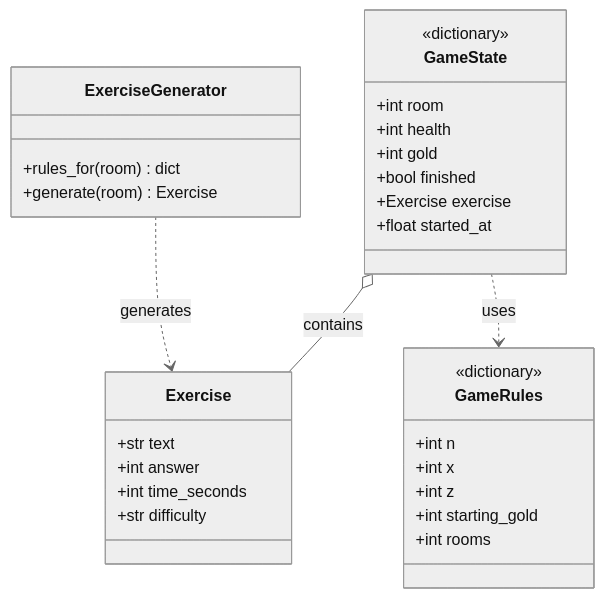
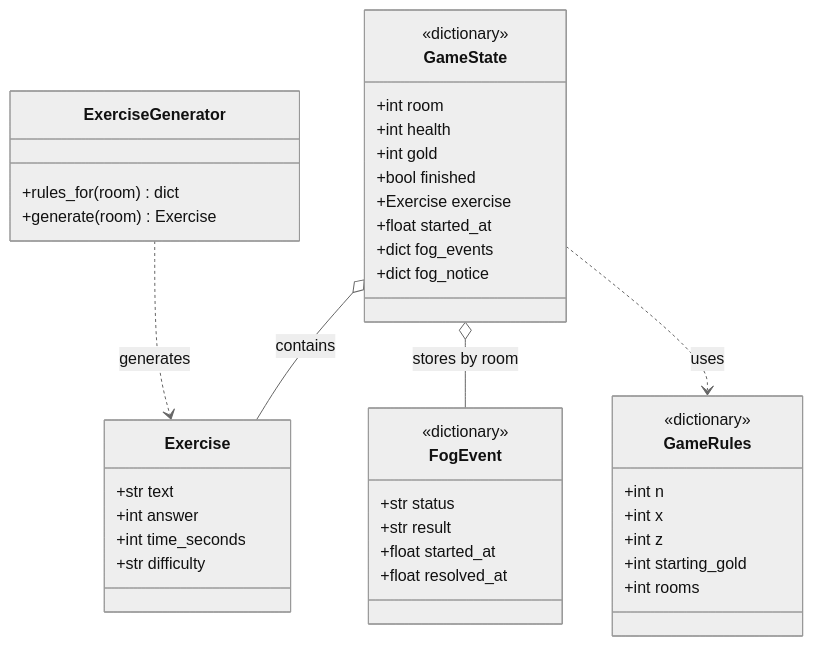
The first of 3 diagrams in 19vo Ejercicio videojuego/docs/CLASS_DIAGRAM.md (ecojrsg/Programacion-Asistida), drawn with Mermaid (neutral theme) before and after one commit. The commit also changed other lines of this file and 4 other files, not shown here.

````diff
--- a/19vo Ejercicio videojuego/docs/CLASS_DIAGRAM.md
+++ b/19vo Ejercicio videojuego/docs/CLASS_DIAGRAM.md
@@ -6,33 +7,43 @@
 ```mermaid
 classDiagram
     class Exercise {
       +str text
       +int answer
       +int time_seconds
       +str difficulty
     }
     class ExerciseGenerator {
       +rules_for(room) dict
       +generate(room) Exercise
     }
     class GameState {
       <<dictionary>>
       +int room
       +int health
       +int gold
       +bool finished
       +Exercise exercise
       +float started_at
+      +dict fog_events
+      +dict fog_notice
+    }
+    class FogEvent {
+      <<dictionary>>
+      +str status
+      +str result
+      +float started_at
+      +float resolved_at
     }
     class GameRules {
       <<dictionary>>
       +int n
       +int x
       +int z
       +int starting_gold
       +int rooms
     }
     ExerciseGenerator ..> Exercise : generates
     GameState o-- Exercise : contains
+    GameState o-- FogEvent : stores by room
     GameState ..> GameRules : uses
 ```
````
